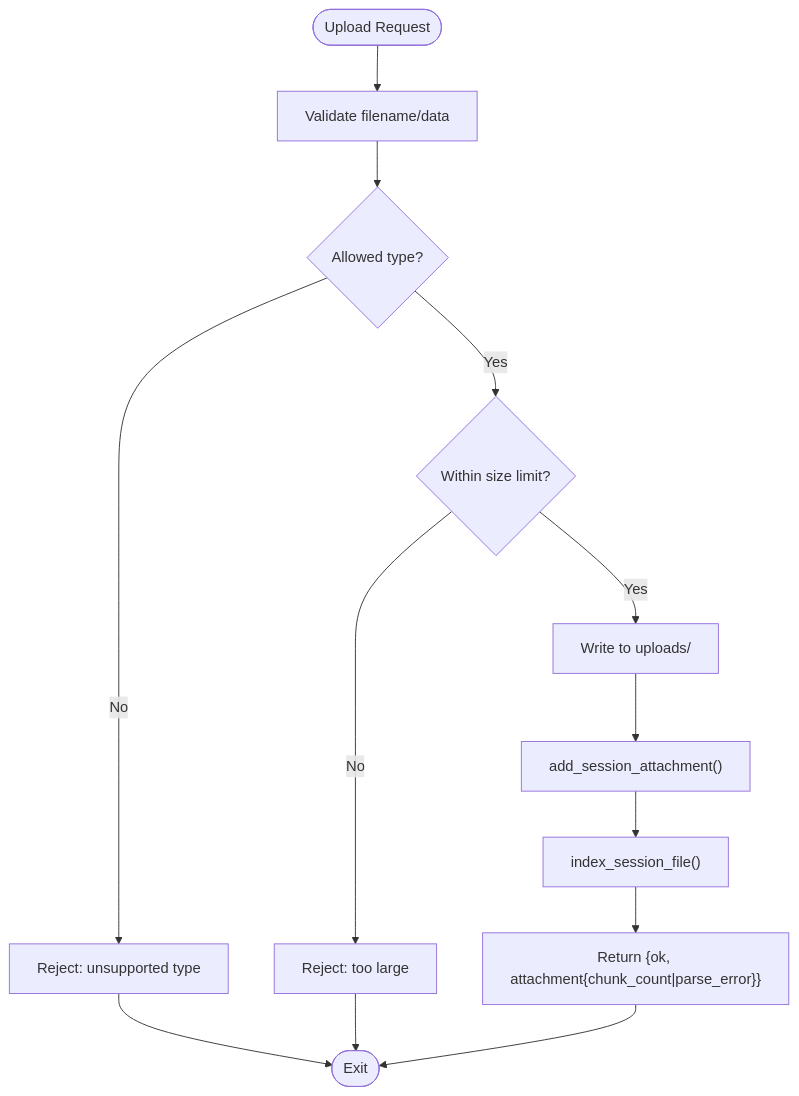
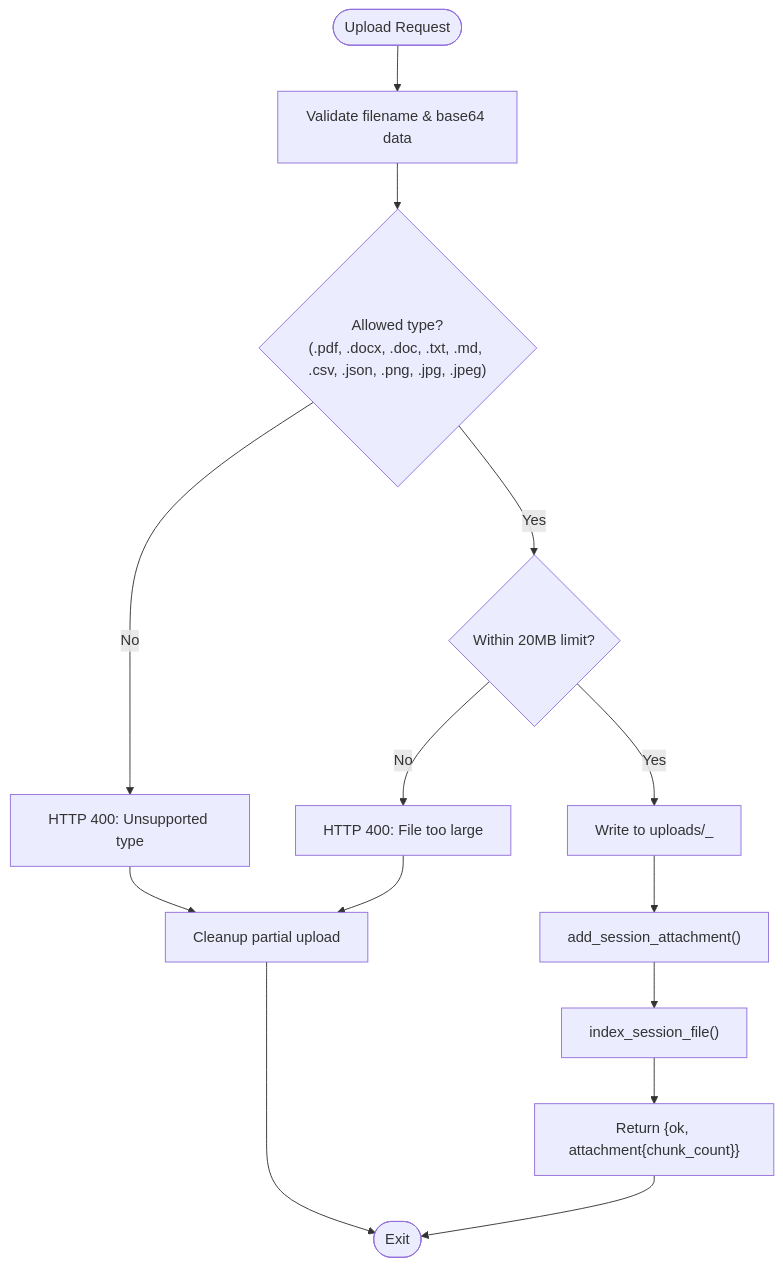
One commit to Sovetsky-Soyuz/AI-Assistant changed the third of 7 diagrams in .qoder/repowiki/en/content/Backend Components/Memory Management and Persistence/Attachment and File Management.md. Above: the diagram before and after it, drawn with Mermaid. The commit also changed other lines of this file and 14 other files, not shown here.

````diff
--- a/.qoder/repowiki/en/content/Backend Components/Memory Management and Persistence/Attachment and File Management.md
+++ b/.qoder/repowiki/en/content/Backend Components/Memory Management and Persistence/Attachment and File Management.md
@@ -127,15 +128,16 @@
 ```mermaid
 flowchart TD
-Start(["Upload Request"]) --> Validate["Validate filename/data"]
-Validate --> ExtCheck{"Allowed type?"}
-ExtCheck --> |No| RejectType["Reject: unsupported type"]
-ExtCheck --> |Yes| SizeCheck{"Within size limit?"}
-SizeCheck --> |No| RejectSize["Reject: too large"]
-SizeCheck --> |Yes| Save["Write to uploads/"]
+Start(["Upload Request"]) --> Validate["Validate filename & base64 data"]
+Validate --> ExtCheck{"Allowed type?<br/>(.pdf, .docx, .doc, .txt, .md, .csv, .json, .png, .jpg, .jpeg)"}
+ExtCheck --> |No| RejectType["HTTP 400: Unsupported type"]
+ExtCheck --> |Yes| SizeCheck{"Within 20MB limit?"}
+SizeCheck --> |No| RejectSize["HTTP 400: File too large"]
+SizeCheck --> |Yes| Save["Write to uploads/<session_id>_<filename>"]
 Save --> Meta["add_session_attachment()"]
 Meta --> Parse["index_session_file()"]
-Parse --> Ok["Return {ok, attachment{chunk_count|parse_error}}"]
-RejectType --> End(["Exit"])
-RejectSize --> End
+Parse --> Ok["Return {ok, attachment{chunk_count}}"]
+RejectType --> Cleanup["Cleanup partial upload"]
+RejectSize --> Cleanup
+Cleanup --> End(["Exit"])
 Ok --> End
 ```
````
